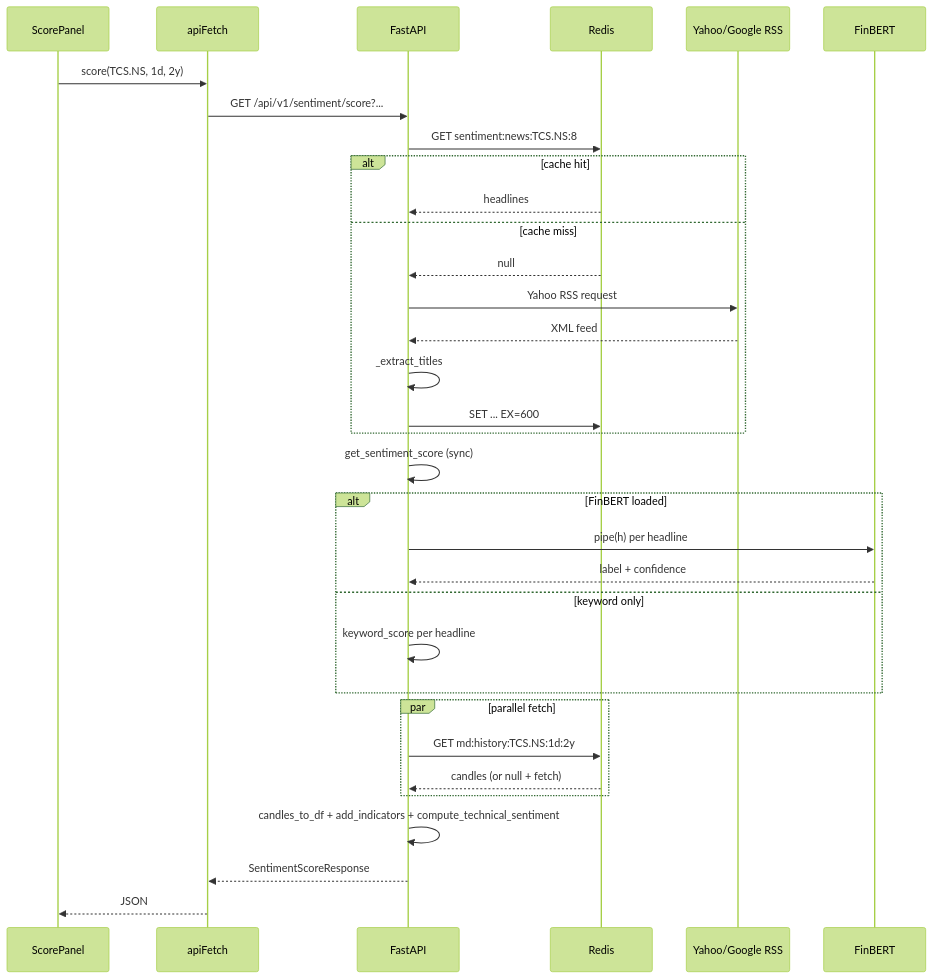
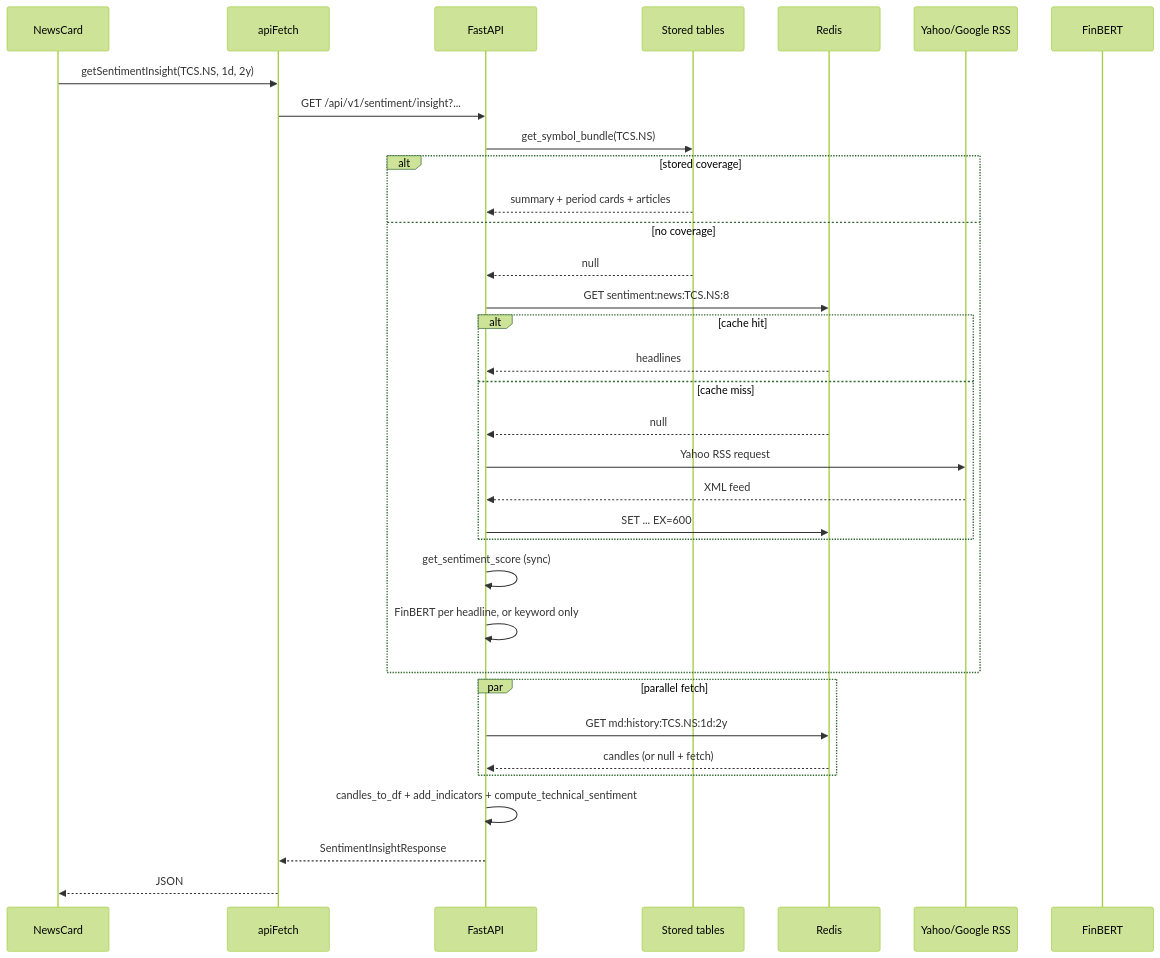
Before and after one commit to raunak-ray/StockView-India: the fourth of 4 diagrams in docs/modules/sentiment/implementation.md, drawn with Mermaid (forest theme). The commit also changed other lines of this file and 15 other files, not shown here.

Commit message:
feat: serve stored sentiment through new insight endpoint

````diff
--- a/docs/modules/sentiment/implementation.md
+++ b/docs/modules/sentiment/implementation.md
@@ -218,36 +252,37 @@
 ```mermaid
 sequenceDiagram
-    participant FE as ScorePanel
+    participant FE as NewsCard
     participant API as apiFetch
     participant BE as FastAPI
+    participant Store as Stored tables
     participant Cache as Redis
     participant RSS as Yahoo/Google RSS
     participant FB as FinBERT
 
-    FE->>API: score(TCS.NS, 1d, 2y)
-    API->>BE: GET /api/v1/sentiment/score?...
-    BE->>Cache: GET sentiment:news:TCS.NS:8
-    alt cache hit
-        Cache-->>BE: headlines
-    else cache miss
-        Cache-->>BE: null
-        BE->>RSS: Yahoo RSS request
-        RSS-->>BE: XML feed
-        BE->>BE: _extract_titles
-        BE->>Cache: SET ... EX=600
-    end
-    BE->>BE: get_sentiment_score (sync)
-    alt FinBERT loaded
-        BE->>FB: pipe(h) per headline
-        FB-->>BE: label + confidence
-    else keyword only
-        BE->>BE: keyword_score per headline
+    FE->>API: getSentimentInsight(TCS.NS, 1d, 2y)
+    API->>BE: GET /api/v1/sentiment/insight?...
+    BE->>Store: get_symbol_bundle(TCS.NS)
+    alt stored coverage
+        Store-->>BE: summary + period cards + articles
+    else no coverage
+        Store-->>BE: null
+        BE->>Cache: GET sentiment:news:TCS.NS:8
+        alt cache hit
+            Cache-->>BE: headlines
+        else cache miss
+            Cache-->>BE: null
+            BE->>RSS: Yahoo RSS request
+            RSS-->>BE: XML feed
+            BE->>Cache: SET ... EX=600
+        end
+        BE->>BE: get_sentiment_score (sync)
+        BE->>BE: FinBERT per headline, or keyword only
     end
     par parallel fetch
         BE->>Cache: GET md:history:TCS.NS:1d:2y
         Cache-->>BE: candles (or null + fetch)
     end
     BE->>BE: candles_to_df + add_indicators + compute_technical_sentiment
-    BE-->>API: SentimentScoreResponse
+    BE-->>API: SentimentInsightResponse
     API-->>FE: JSON
 ```
````
